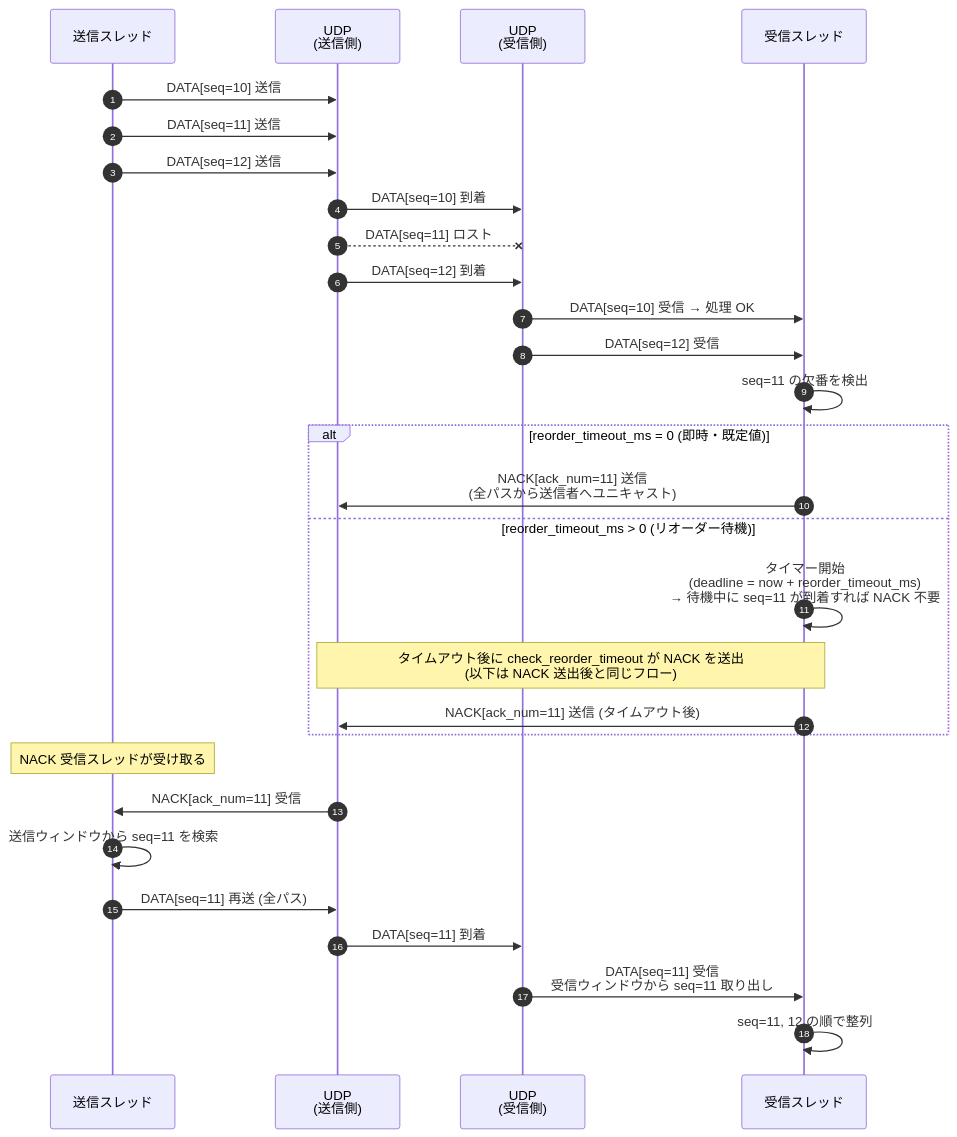
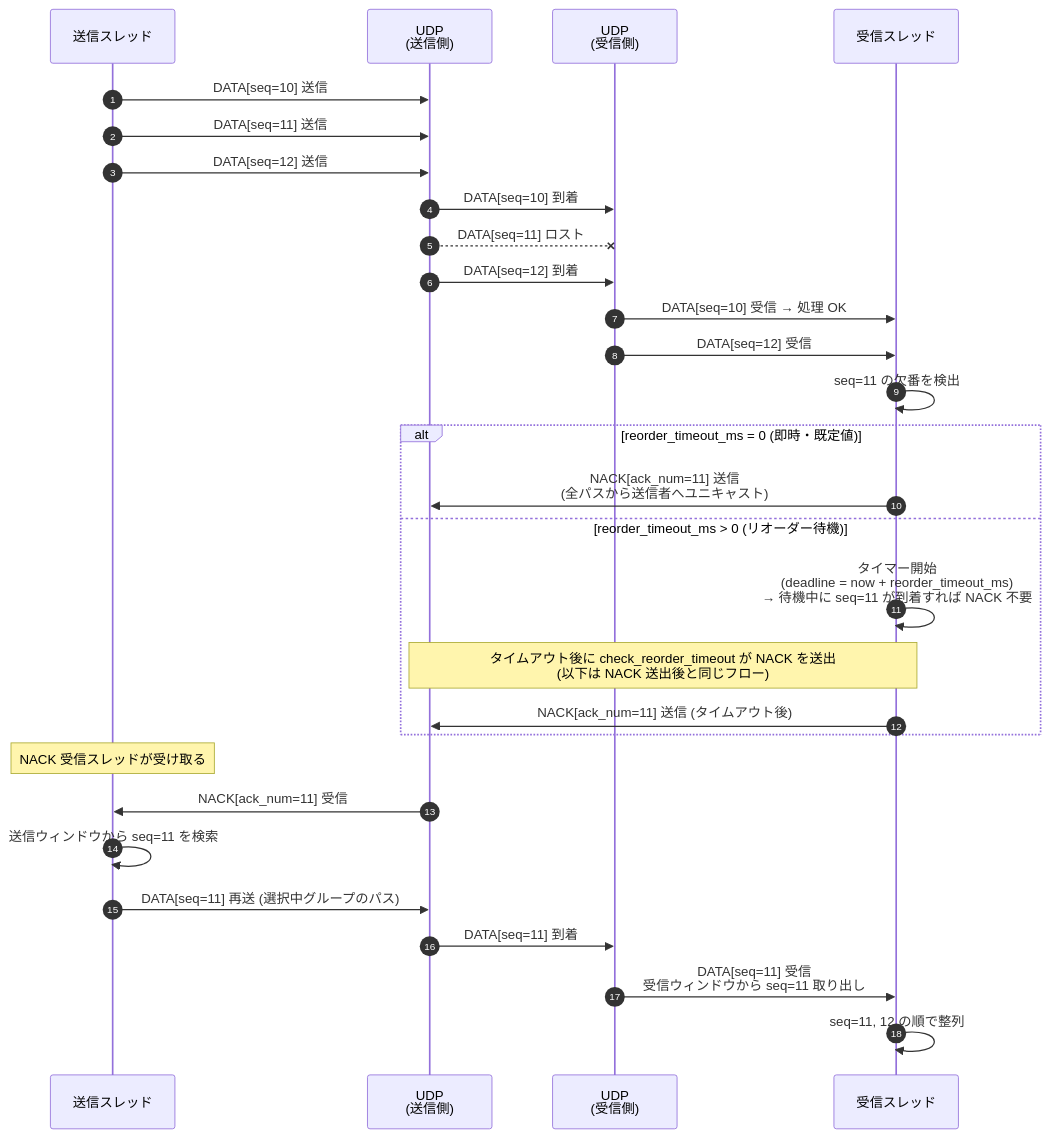
The fourth of 10 diagrams in docs/sequence-data.md (Hondarer/app_porter), drawn with Mermaid before and after one commit. The commit also changed other lines of this file and 170 other files, not shown here.

````diff
--- a/docs/sequence-data.md
+++ b/docs/sequence-data.md
@@ -124,41 +124,41 @@
 ```mermaid
 sequenceDiagram
     autonumber
     participant ST as 送信スレッド
     participant SUDP as UDP<br>(送信側)
     participant RUDP as UDP<br>(受信側)
     participant RRT as 受信スレッド
 
     ST->>SUDP: DATA[seq=10] 送信
     ST->>SUDP: DATA[seq=11] 送信
     ST->>SUDP: DATA[seq=12] 送信
 
     SUDP->>RUDP: DATA[seq=10] 到着
     SUDP--xRUDP: DATA[seq=11] ロスト
     SUDP->>RUDP: DATA[seq=12] 到着
 
     RUDP->>RRT: DATA[seq=10] 受信 → 処理 OK
     RUDP->>RRT: DATA[seq=12] 受信
 
     RRT->>RRT: seq=11 の欠番を検出
 
     alt reorder_timeout_ms = 0 (即時・既定値)
         RRT->>SUDP: NACK[ack_num=11] 送信<br>(全パスから送信者へユニキャスト)
     else reorder_timeout_ms > 0 (リオーダー待機)
         RRT->>RRT: タイマー開始<br>(deadline = now + reorder_timeout_ms)<br>→ 待機中に seq=11 が到着すれば NACK 不要
         Note over RRT, SUDP: タイムアウト後に check_reorder_timeout が NACK を送出<br>(以下は NACK 送出後と同じフロー)
         RRT->>SUDP: NACK[ack_num=11] 送信 (タイムアウト後)
     end
 
     Note over ST: NACK 受信スレッドが受け取る
 
     SUDP->>ST: NACK[ack_num=11] 受信
     ST->>ST: 送信ウィンドウから seq=11 を検索
 
-    ST->>SUDP: DATA[seq=11] 再送 (全パス)
+    ST->>SUDP: DATA[seq=11] 再送 (選択中グループのパス)
 
     SUDP->>RUDP: DATA[seq=11] 到着
 
     RUDP->>RRT: DATA[seq=11] 受信<br>受信ウィンドウから seq=11 取り出し
     RRT->>RRT: seq=11, 12 の順で整列
 ```
````
